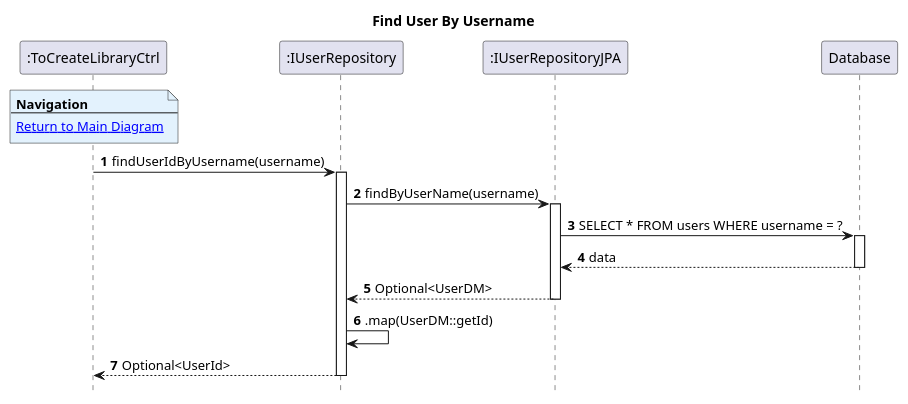
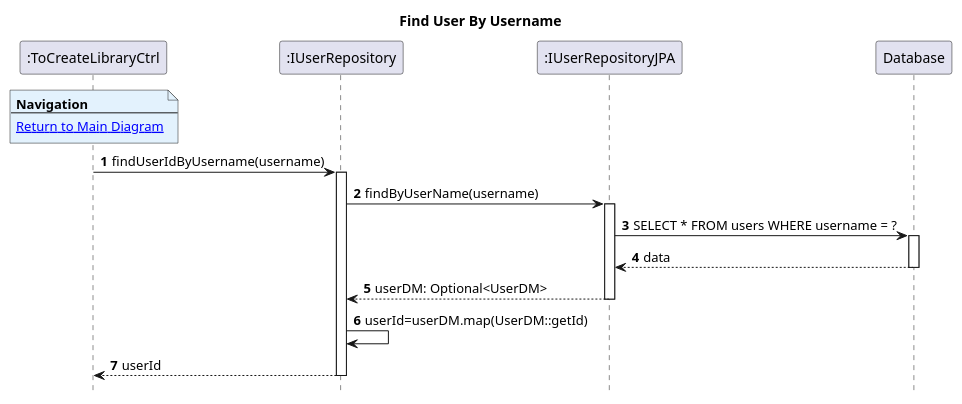
Before and after one commit to AndrePereiraGitH/SWitCH-Project-Team_A: the diagram in Diagrams/SequenceDiagrams/N2/To-Create-Library/2.FindUserByUsername.puml, drawn with PlantUML. The commit also changed 2 other files, not shown here.

```diff
--- a/Diagrams/SequenceDiagrams/N2/To-Create-Library/2.FindUserByUsername.puml
+++ b/Diagrams/SequenceDiagrams/N2/To-Create-Library/2.FindUserByUsername.puml
@@ -1,36 +1,36 @@
 @startuml
 hide footbox
 autonumber
 title Find User By Username
 
 participant ":ToCreateLibraryCtrl" as Ctrl
 participant ":IUserRepository" as userRepo
 participant ":IUserRepositoryJPA" as userJpa
 participant "Database" as db
 
 note over Ctrl #E3F2FD
 <b>Navigation</b>
 ---
 [[1.MainDiagram.puml Return to Main Diagram]]
 end note
 
 Ctrl -> userRepo: findUserIdByUsername(username)
 activate userRepo
 
 userRepo -> userJpa: findByUserName(username)
 activate userJpa
 
 userJpa -> db: SELECT * FROM users WHERE username = ?
 activate db
 db --> userJpa: data
 deactivate db
 
-userJpa --> userRepo: Optional<UserDM>
+userJpa --> userRepo: userDM: Optional<UserDM>
 deactivate userJpa
 
-userRepo -> userRepo: .map(UserDM::getId)
+userRepo -> userRepo: userId=userDM.map(UserDM::getId)
 
-userRepo --> Ctrl: Optional<UserId>
+userRepo --> Ctrl: userId
 deactivate userRepo
 
 @enduml
```
